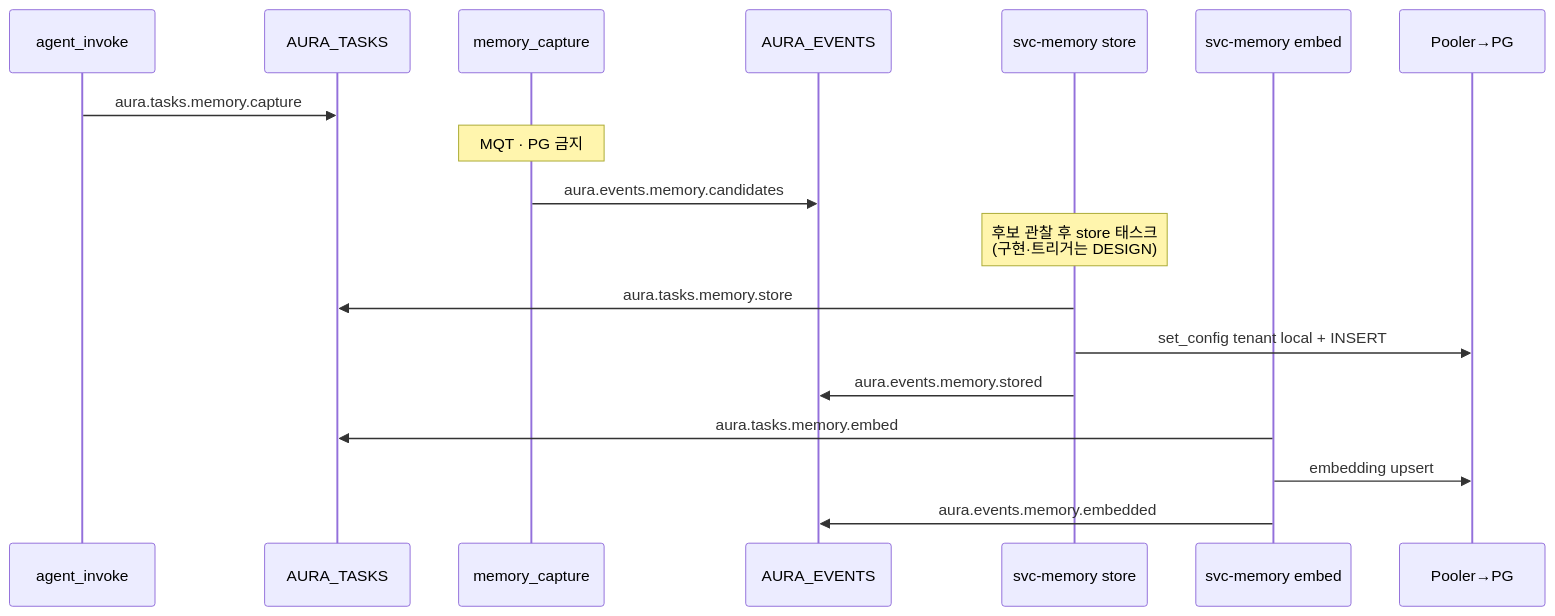
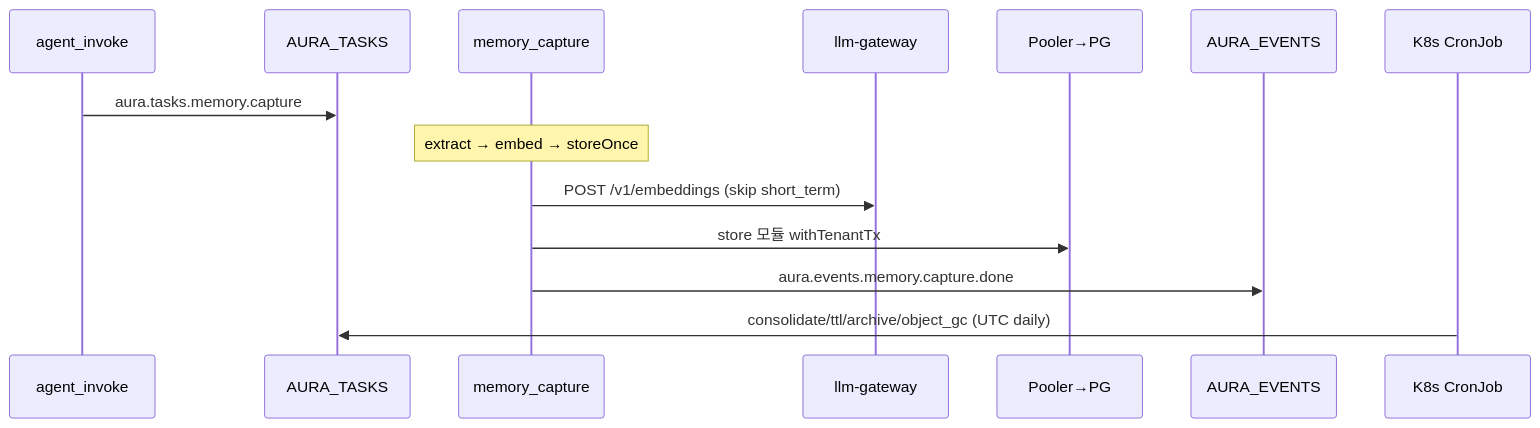
Before and after one commit to yoosungung/aura: the sixth of 7 diagrams in MESSAGE-FLOW.md, drawn with Mermaid. The commit also changed other lines of this file and 255 other files, not shown here.

````diff
--- a/MESSAGE-FLOW.md
+++ b/MESSAGE-FLOW.md
@@ -253,21 +253,17 @@
 ```mermaid
 sequenceDiagram
   participant AI as agent_invoke
   participant T as AURA_TASKS
   participant Cap as memory_capture
+  participant GW as llm-gateway
+  participant PG as Pooler→PG
   participant Ev as AURA_EVENTS
-  participant Store as svc-memory store
-  participant Embed as svc-memory embed
-  participant PG as Pooler→PG
+  participant Cron as K8s CronJob
 
   AI->>T: aura.tasks.memory.capture
-  Note over Cap: MQT · PG 금지
-  Cap->>Ev: aura.events.memory.candidates
-  Note over Store: 후보 관찰 후 store 태스크<br/>(구현·트리거는 DESIGN)
-  Store->>T: aura.tasks.memory.store
-  Store->>PG: set_config tenant local + INSERT
-  Store->>Ev: aura.events.memory.stored
-  Embed->>T: aura.tasks.memory.embed
-  Embed->>PG: embedding upsert
-  Embed->>Ev: aura.events.memory.embedded
+  Note over Cap: extract → embed → storeOnce
+  Cap->>GW: POST /v1/embeddings (skip short_term)
+  Cap->>PG: store 모듈 withTenantTx
+  Cap->>Ev: aura.events.memory.capture.done
+  Cron->>T: consolidate/ttl/archive/object_gc (UTC daily)
 ```
````
